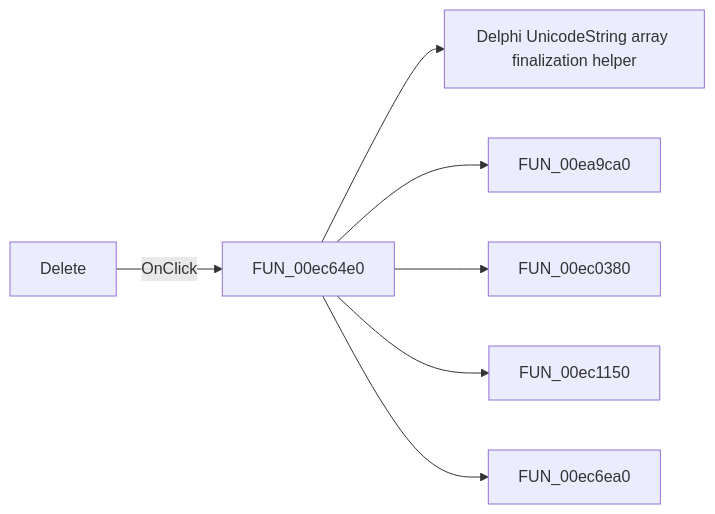
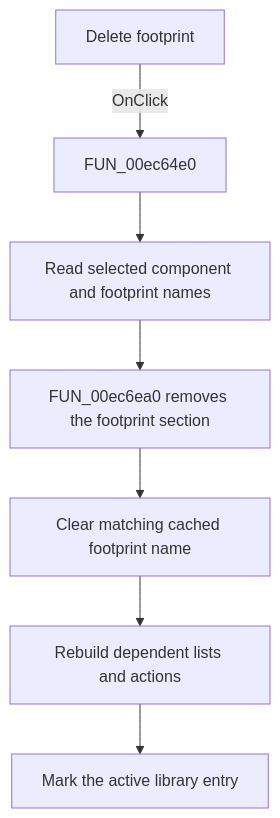
The diagram in docs/ui-controls/pcbform4/btndeletemodule-0239895208.md (MovGP0/TIARA), drawn with Mermaid before and after one commit. The commit also changed other lines of this file and 1062 other files, not shown here.

````diff
--- a/docs/ui-controls/pcbform4/btndeletemodule-0239895208.md
+++ b/docs/ui-controls/pcbform4/btndeletemodule-0239895208.md
@@ -27,9 +31,9 @@
 ```mermaid
-flowchart LR
-    control["Delete"] -->|OnClick| handler["FUN_00ec64e0"]
-    handler --> call1["Delphi UnicodeString array finalization helper"]
-    handler --> call2["FUN_00ea9ca0"]
-    handler --> call3["FUN_00ec0380"]
-    handler --> call4["FUN_00ec1150"]
-    handler --> call5["FUN_00ec6ea0"]
+flowchart TD
+    control["Delete footprint"] -->|OnClick| handler["FUN_00ec64e0"]
+    handler --> read["Read selected component and footprint names"]
+    read --> remove["FUN_00ec6ea0 removes the footprint section"]
+    remove --> cache["Clear matching cached footprint name"]
+    cache --> rebuild["Rebuild dependent lists and actions"]
+    rebuild --> mark["Mark the active library entry"]
 ```
````
